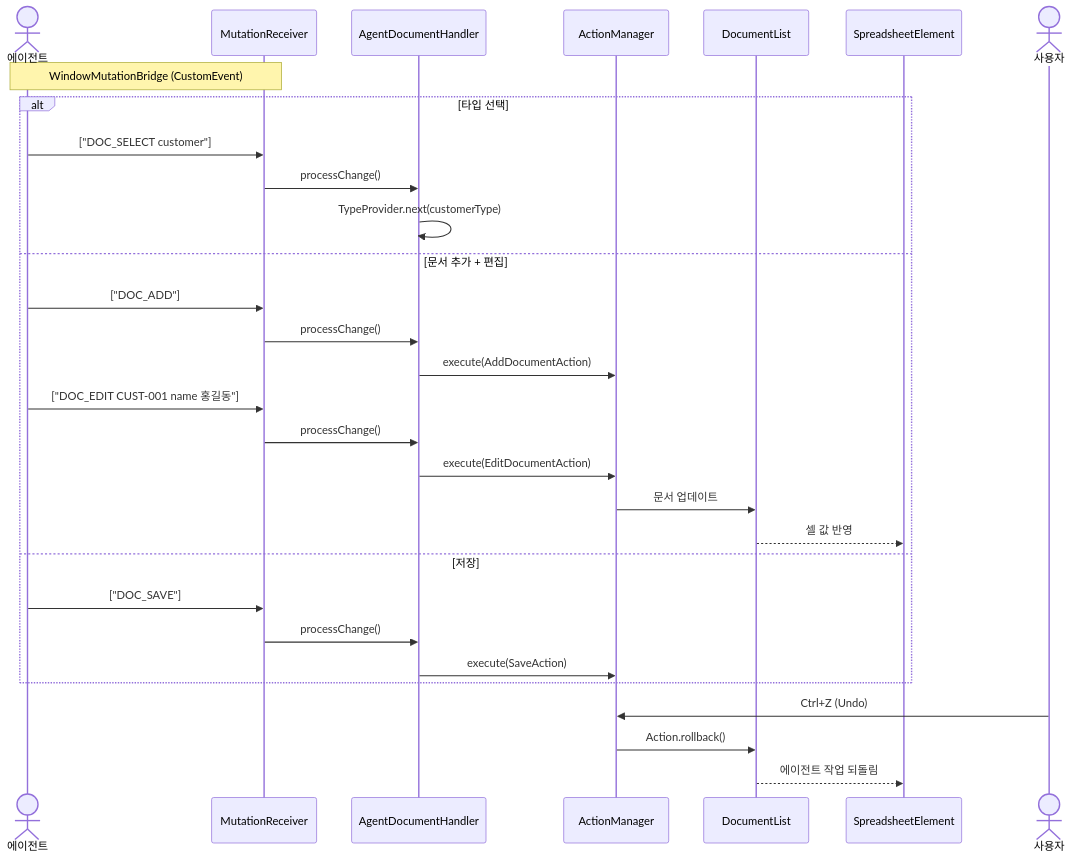
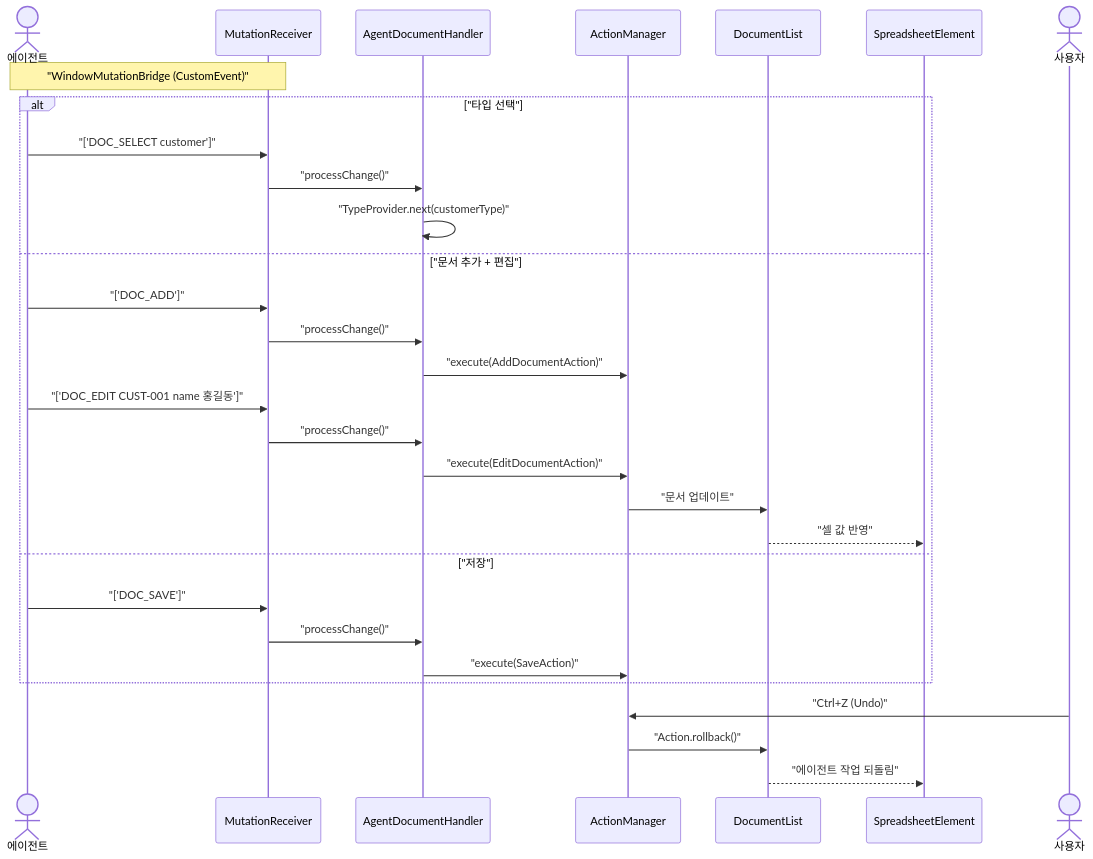
Before and after one commit to sayaya1090/handbook: the fourth of 9 diagrams in document-ui/USECASE.md, drawn with Mermaid. The commit also changed other lines of this file and 22 other files, not shown here.

First line of the commit message:
docs: Mermaid 다이어그램 렌더링 오류 수정을 위한 구문 전수 교정

````diff
--- a/document-ui/USECASE.md
+++ b/document-ui/USECASE.md
@@ -83,35 +83,35 @@
 ```mermaid
 sequenceDiagram
     actor Agent as 에이전트
     participant MR as MutationReceiver
     participant ADH as AgentDocumentHandler
     participant AM as ActionManager
     participant DL as DocumentList
     participant Sheet as SpreadsheetElement
 
-    Note over Agent,MR: WindowMutationBridge (CustomEvent)
+    Note over Agent,MR: "WindowMutationBridge (CustomEvent)"
 
-    alt 타입 선택
-        Agent->>MR: ["DOC_SELECT customer"]
-        MR->>ADH: processChange()
-        ADH->>ADH: TypeProvider.next(customerType)
-    else 문서 추가 + 편집
-        Agent->>MR: ["DOC_ADD"]
-        MR->>ADH: processChange()
-        ADH->>AM: execute(AddDocumentAction)
-        Agent->>MR: ["DOC_EDIT CUST-001 name 홍길동"]
-        MR->>ADH: processChange()
-        ADH->>AM: execute(EditDocumentAction)
-        AM->>DL: 문서 업데이트
-        DL-->>Sheet: 셀 값 반영
-    else 저장
-        Agent->>MR: ["DOC_SAVE"]
-        MR->>ADH: processChange()
-        ADH->>AM: execute(SaveAction)
+    alt "타입 선택"
+        Agent->>MR: "['DOC_SELECT customer']"
+        MR->>ADH: "processChange()"
+        ADH->>ADH: "TypeProvider.next(customerType)"
+    else "문서 추가 + 편집"
+        Agent->>MR: "['DOC_ADD']"
+        MR->>ADH: "processChange()"
+        ADH->>AM: "execute(AddDocumentAction)"
+        Agent->>MR: "['DOC_EDIT CUST-001 name 홍길동']"
+        MR->>ADH: "processChange()"
+        ADH->>AM: "execute(EditDocumentAction)"
+        AM->>DL: "문서 업데이트"
+        DL-->>Sheet: "셀 값 반영"
+    else "저장"
+        Agent->>MR: "['DOC_SAVE']"
+        MR->>ADH: "processChange()"
+        ADH->>AM: "execute(SaveAction)"
     end
 
     actor User as 사용자
-    User->>AM: Ctrl+Z (Undo)
-    AM->>DL: Action.rollback()
-    DL-->>Sheet: 에이전트 작업 되돌림
+    User->>AM: "Ctrl+Z (Undo)"
+    AM->>DL: "Action.rollback()"
+    DL-->>Sheet: "에이전트 작업 되돌림"
 ```
````
